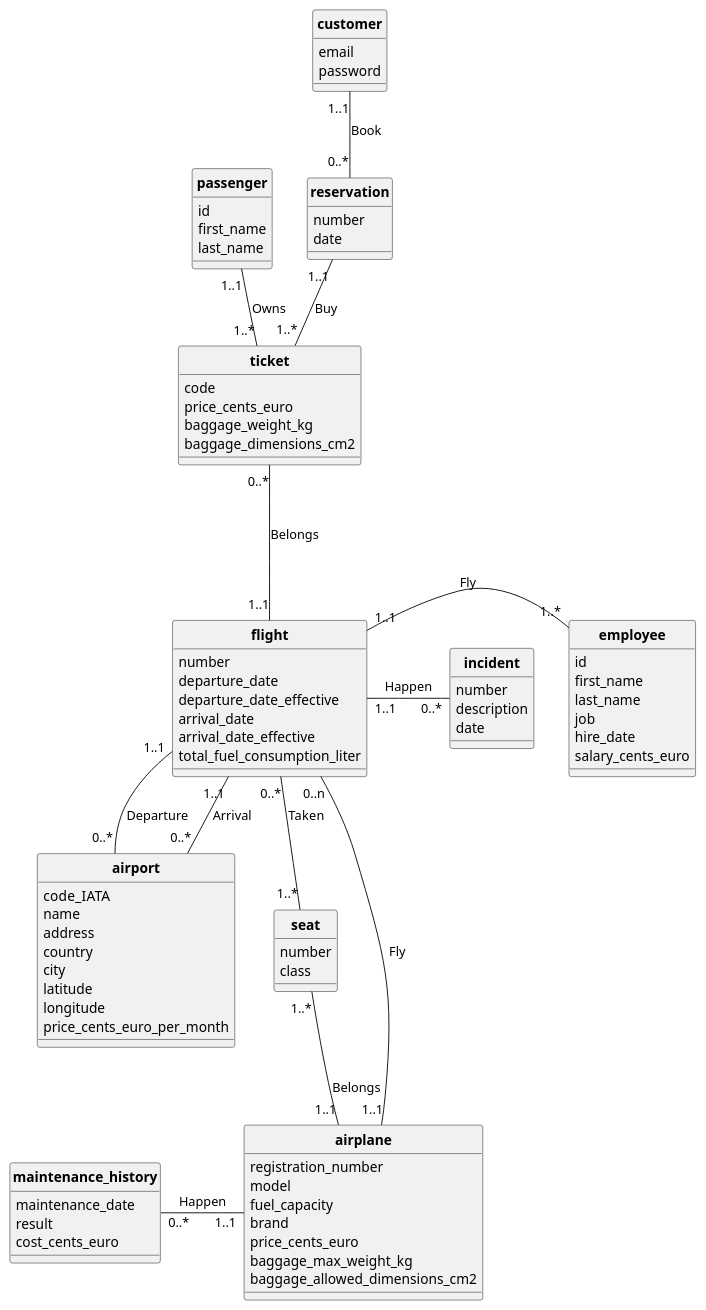
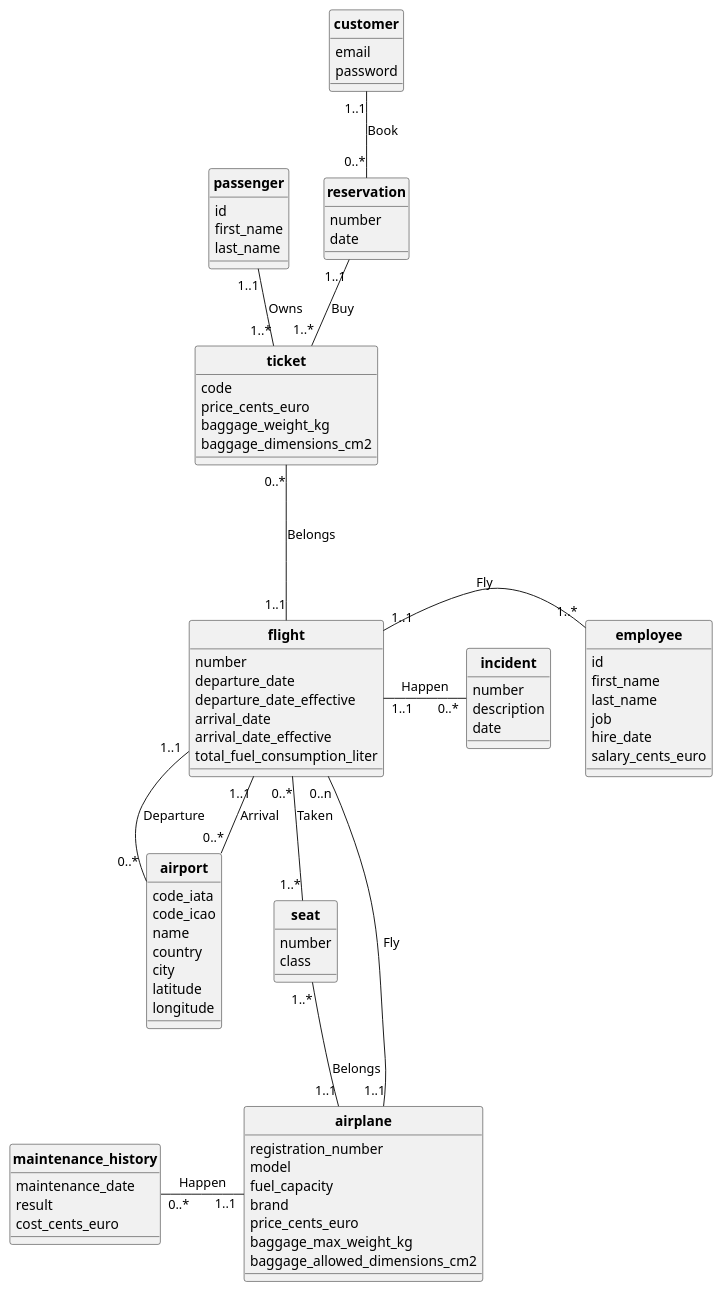
One commit to cnam-theoludwig/cnam-database changed the diagram in docs/MCD.puml. Above: the diagram before and after it, drawn with PlantUML. The commit also changed 13 other files, not shown here.

```diff
--- a/docs/MCD.puml
+++ b/docs/MCD.puml
@@ -1,104 +1,103 @@
 @startuml UML
 
 skinparam style strictuml
 skinparam classAttributeIconSize 0
 skinparam classFontStyle Bold
 hide enum methods
 
 class flight {
   number
   departure_date
   departure_date_effective
   arrival_date
   arrival_date_effective
   total_fuel_consumption_liter
 }
 
 class airport {
-  code_IATA
+  code_iata
+  code_icao
   name
-  address
   country
   city
   latitude
   longitude
-  price_cents_euro_per_month
 }
 
 class airplane {
   registration_number
   model
   fuel_capacity
   brand
   price_cents_euro
   baggage_max_weight_kg
   baggage_allowed_dimensions_cm2
 }
 
 class maintenance_history {
   maintenance_date
   result
   cost_cents_euro
 }
 
 class employee {
   id
   first_name
   last_name
   job
   hire_date
   salary_cents_euro
 }
 
 class passenger {
   id
   first_name
   last_name
 }
 
 class ticket {
   code
   price_cents_euro
   baggage_weight_kg
   baggage_dimensions_cm2
 }
 
 class customer {
   email
   password
 }
 
 class seat {
   number
   class
 }
 
 class reservation {
   number
   date
 }
 
 class incident {
   number
   description
   date
 }
 
 airplane "1..1" -- "0..n" flight : Fly
 seat "1..*" -- "1..1" airplane : Belongs
 employee "1..*" -left- "1..1" flight : Fly
 passenger "1..1" -- "1..*" ticket : Owns
 ticket "0..*" --- "1..1" flight : Belongs
 flight "0..*" -- "1..*" seat : Taken
 reservation "1..1" -- "1..*" ticket : Buy
 
 maintenance_history "0..*" -right- "1..1" airplane : Happen
 
 flight "1..1" -right- "0..*" incident : Happen
 
 flight "1..1" -- "0..*" airport : Departure
 flight "1..1" -- "0..*" airport : Arrival
 
 customer "1..1" -- "0..*" reservation : Book
 
 @enduml
```
